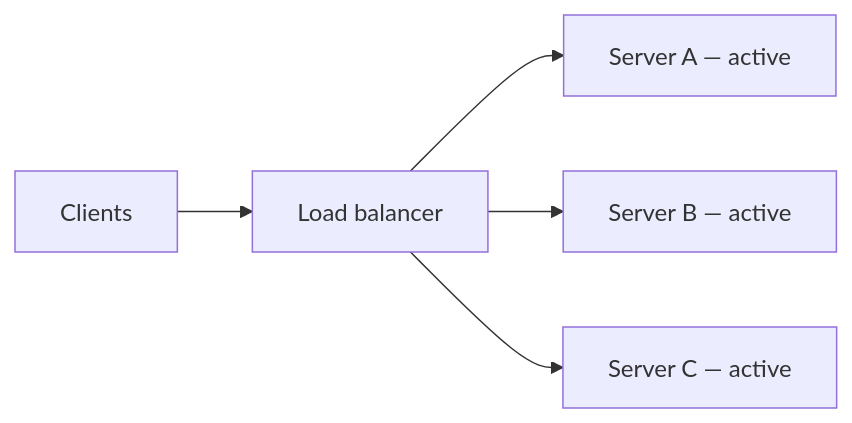
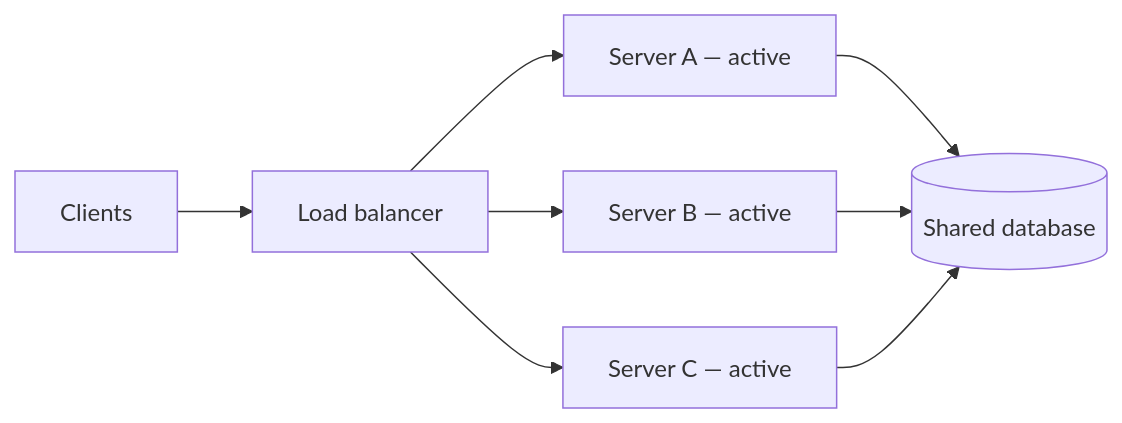
One commit to hareramcse/SystemDesign changed the ninth of 21 diagrams in 12-reliability-engineering/README.md. Above: the diagram before and after it, drawn with Mermaid. The commit also changed other lines of this file, not shown here.

````diff
--- a/12-reliability-engineering/README.md
+++ b/12-reliability-engineering/README.md
@@ -408,7 +335,10 @@
 ```mermaid
 flowchart LR
     Clients[Clients] --> LB[Load balancer]
     LB --> SA[Server A — active]
     LB --> SB[Server B — active]
     LB --> SC[Server C — active]
+    SA --> DB[(Shared database)]
+    SB --> DB
+    SC --> DB
 ```
````
